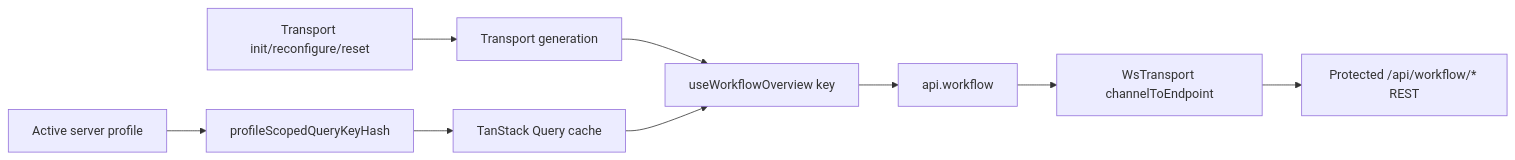
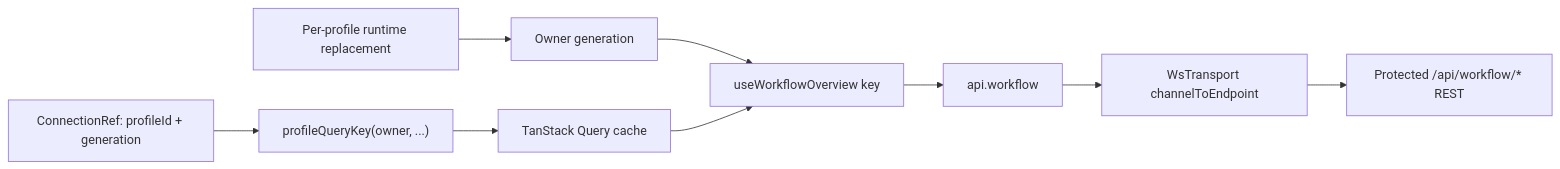
The sixth of 16 diagrams in docs/system-architecture.md (loidinhm31/dam-hopper), drawn with Mermaid before and after one commit. The commit also changed other lines of this file and 43 other files, not shown here.

````diff
--- a/docs/system-architecture.md
+++ b/docs/system-architecture.md
@@ -2077,11 +2098,11 @@
 ```mermaid
 flowchart LR
-    Profile["Active server profile"] --> Hash["profileScopedQueryKeyHash"]
-    Hash --> Cache["TanStack Query cache"]
-    Replace["Transport init/reconfigure/reset"] --> Generation["Transport generation"]
+    Owner["ConnectionRef: profileId + generation"] --> Key["profileQueryKey(owner, ...)"]
+    Key --> Cache["TanStack Query cache"]
+    Replace["Per-profile runtime replacement"] --> Generation["Owner generation"]
     Generation --> Overview["useWorkflowOverview key"]
     Cache --> Overview
     Overview --> Facade["api.workflow"]
     Facade --> Mapper["WsTransport channelToEndpoint"]
     Mapper --> REST["Protected /api/workflow/* REST"]
 ```
````
